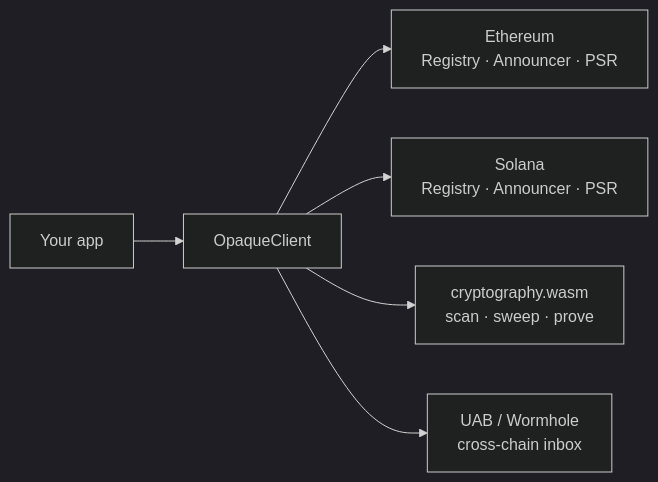
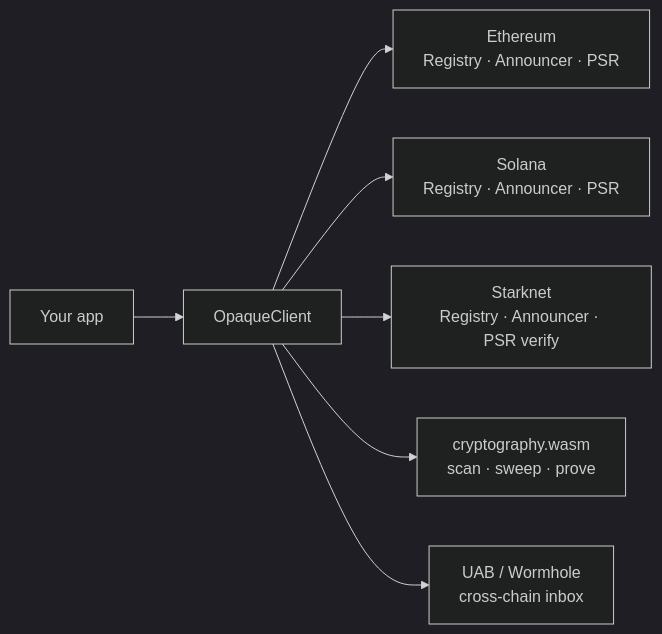
One commit to opaquecash/docs changed the diagram in index.mdx. Above: the diagram before and after it, drawn with Mermaid (dark theme). The commit also changed other lines of this file and 16 other files, not shown here.

````diff
--- a/index.mdx
+++ b/index.mdx
@@ -33,8 +33,9 @@
 ```mermaid
 flowchart LR
   App["Your app"] --> Client["OpaqueClient"]
   Client --> EVM["Ethereum\nRegistry · Announcer · PSR"]
   Client --> SOL["Solana\nRegistry · Announcer · PSR"]
+  Client --> STARK["Starknet\nRegistry · Announcer · PSR verify"]
   Client --> WASM["cryptography.wasm\nscan · sweep · prove"]
   Client --> UAB["UAB / Wormhole\ncross-chain inbox"]
 ```
````
